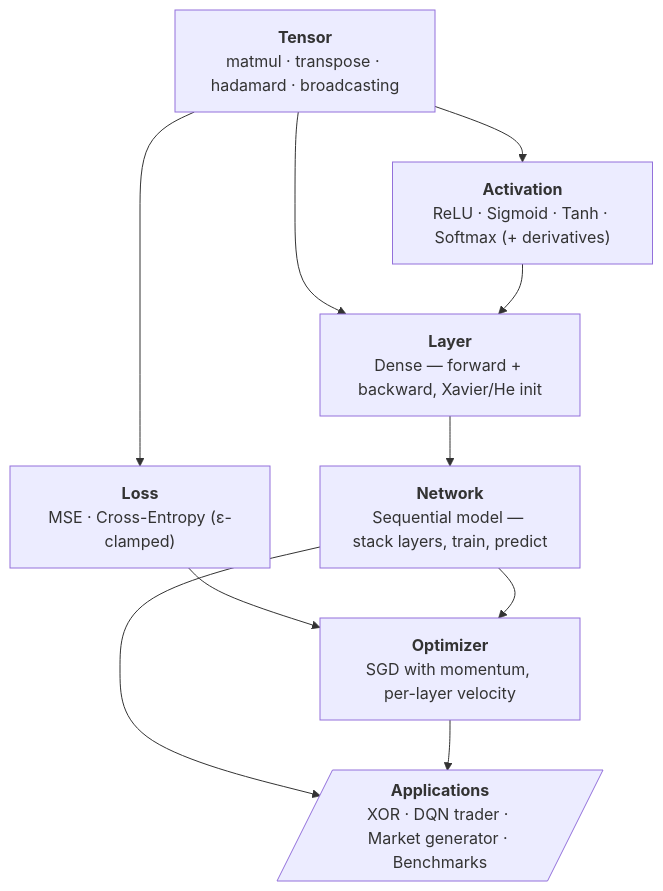
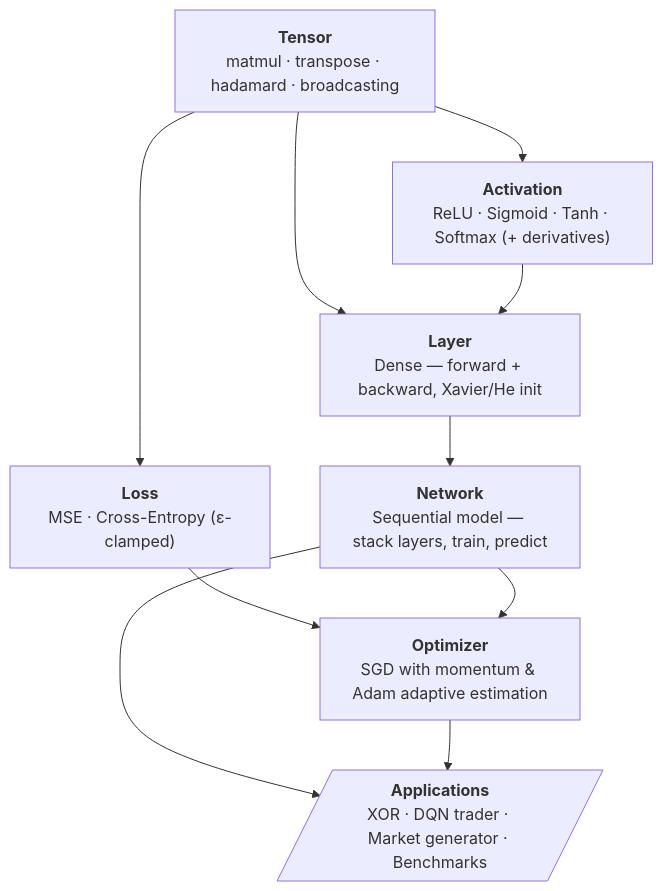
One commit to Builder106/qforge changed the diagram in README.md. Above: the diagram before and after it, drawn with Mermaid. The commit also changed 6 other files, not shown here.

````diff
--- a/README.md
+++ b/README.md
@@ -90,27 +90,27 @@
 ```mermaid
 flowchart TB
     Tensor["`**Tensor**
     matmul · transpose · hadamard · broadcasting`"]
     Activation["`**Activation**
     ReLU · Sigmoid · Tanh · Softmax (+ derivatives)`"]
     Loss["`**Loss**
     MSE · Cross-Entropy (ε-clamped)`"]
     Layer["`**Layer**
     Dense — forward + backward, Xavier/He init`"]
     Network["`**Network**
     Sequential model — stack layers, train, predict`"]
     Optimizer["`**Optimizer**
-    SGD with momentum, per-layer velocity`"]
+    SGD with momentum & Adam adaptive estimation`"]
     Apps[/"`**Applications**
     XOR · DQN trader · Market generator · Benchmarks`"/]
 
     Tensor --> Activation
     Tensor --> Loss
     Tensor --> Layer
     Activation --> Layer
     Layer --> Network
     Loss --> Optimizer
     Network --> Optimizer
     Network --> Apps
     Optimizer --> Apps
 ```
````
